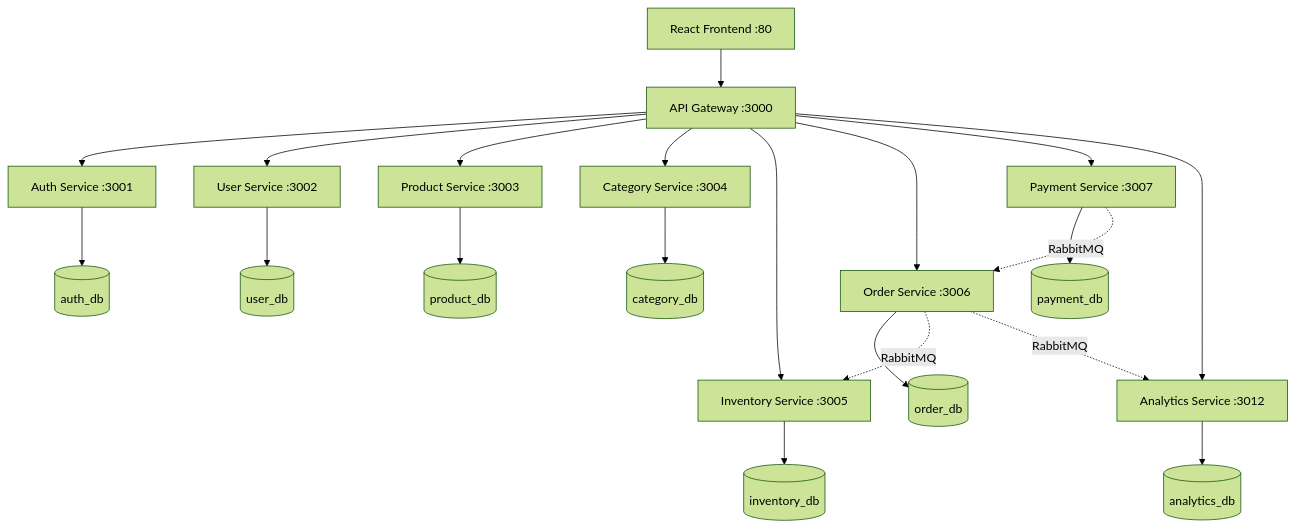
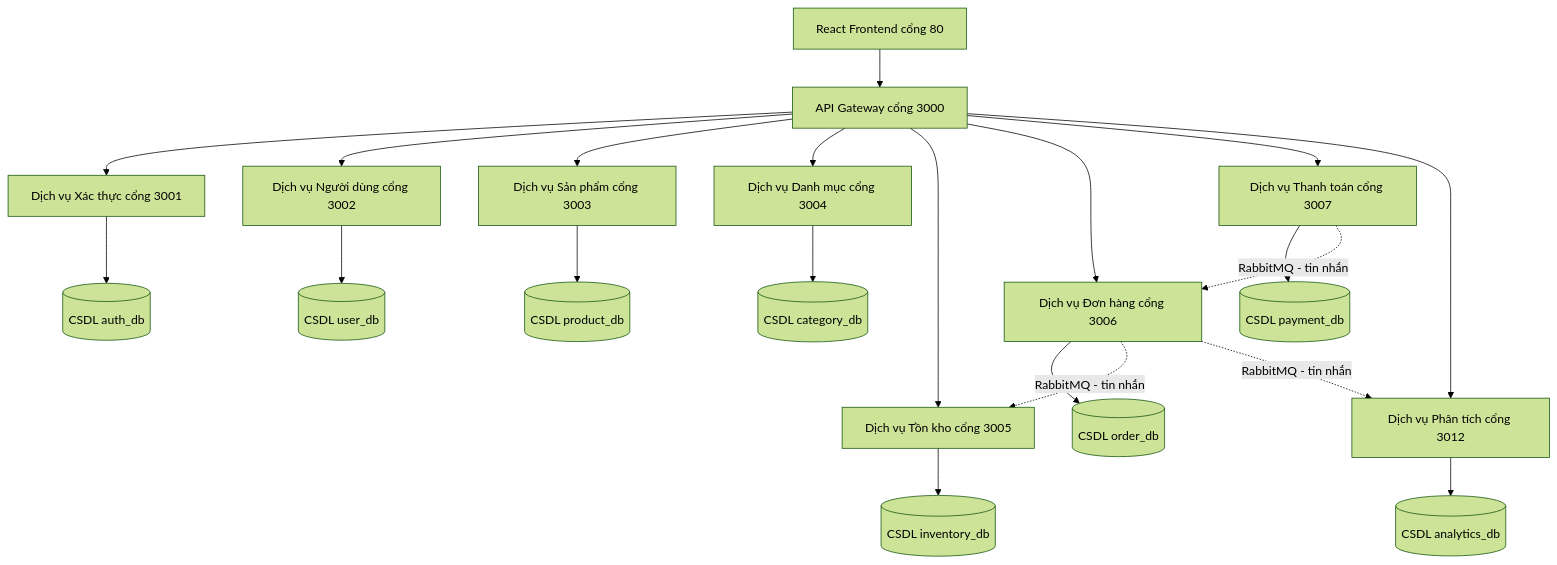
One commit to ngphong01/SOA-Coffee changed the first of 2 diagrams in README.md. Above: the diagram before and after it, drawn with Mermaid (forest theme). The commit also changed other lines of this file, not shown here.

````diff
--- a/README.md
+++ b/README.md
@@ -13,26 +20,26 @@
 ```mermaid
 graph TB
-    Client[React Frontend :80] --> GW[API Gateway :3000]
-    
-    GW --> Auth[Auth Service :3001]
-    GW --> User[User Service :3002]
-    GW --> Product[Product Service :3003]
-    GW --> Category[Category Service :3004]
-    GW --> Inventory[Inventory Service :3005]
-    GW --> Order[Order Service :3006]
-    GW --> Payment[Payment Service :3007]
-    GW --> Analytics[Analytics Service :3012]
+    Client[React Frontend cổng 80] --> GW[API Gateway cổng 3000]
 
-    Auth --> DB1[(auth_db)]
-    User --> DB2[(user_db)]
-    Product --> DB3[(product_db)]
-    Category --> DB4[(category_db)]
-    Inventory --> DB5[(inventory_db)]
-    Order --> DB6[(order_db)]
-    Payment --> DB7[(payment_db)]
-    Analytics --> DB8[(analytics_db)]
+    GW --> Auth[Dịch vụ Xác thực cổng 3001]
+    GW --> User[Dịch vụ Người dùng cổng 3002]
+    GW --> Product[Dịch vụ Sản phẩm cổng 3003]
+    GW --> Category[Dịch vụ Danh mục cổng 3004]
+    GW --> Inventory[Dịch vụ Tồn kho cổng 3005]
+    GW --> Order[Dịch vụ Đơn hàng cổng 3006]
+    GW --> Payment[Dịch vụ Thanh toán cổng 3007]
+    GW --> Analytics[Dịch vụ Phân tích cổng 3012]
 
-    Order -.->|RabbitMQ| Inventory
-    Payment -.->|RabbitMQ| Order
-    Order -.->|RabbitMQ| Analytics
+    Auth --> DB1[(CSDL auth_db)]
+    User --> DB2[(CSDL user_db)]
+    Product --> DB3[(CSDL product_db)]
+    Category --> DB4[(CSDL category_db)]
+    Inventory --> DB5[(CSDL inventory_db)]
+    Order --> DB6[(CSDL order_db)]
+    Payment --> DB7[(CSDL payment_db)]
+    Analytics --> DB8[(CSDL analytics_db)]
+
+    Order -.->|RabbitMQ - tin nhắn| Inventory
+    Payment -.->|RabbitMQ - tin nhắn| Order
+    Order -.->|RabbitMQ - tin nhắn| Analytics
 ```
````
